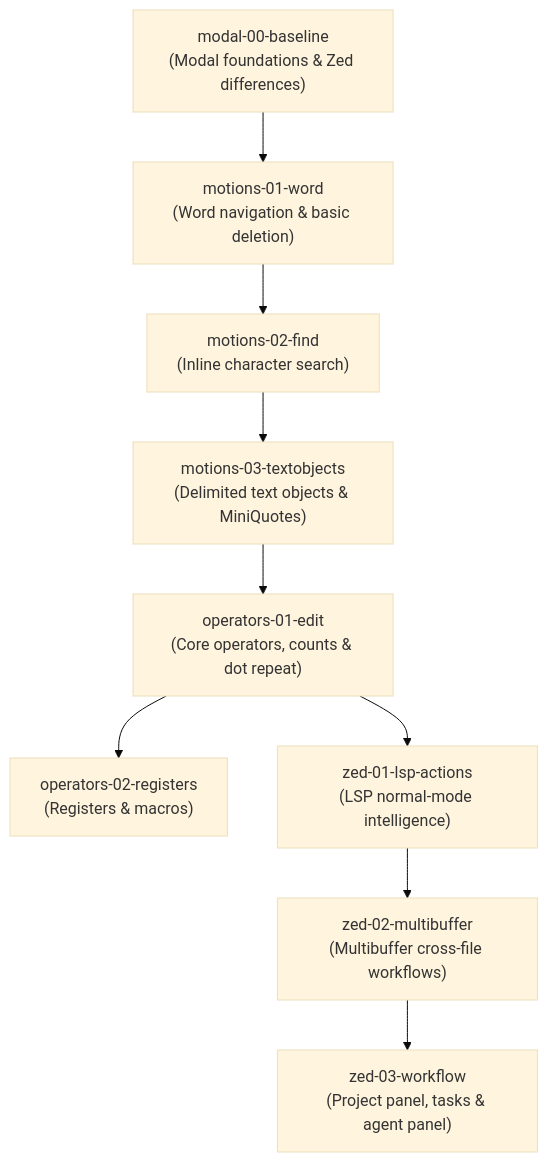
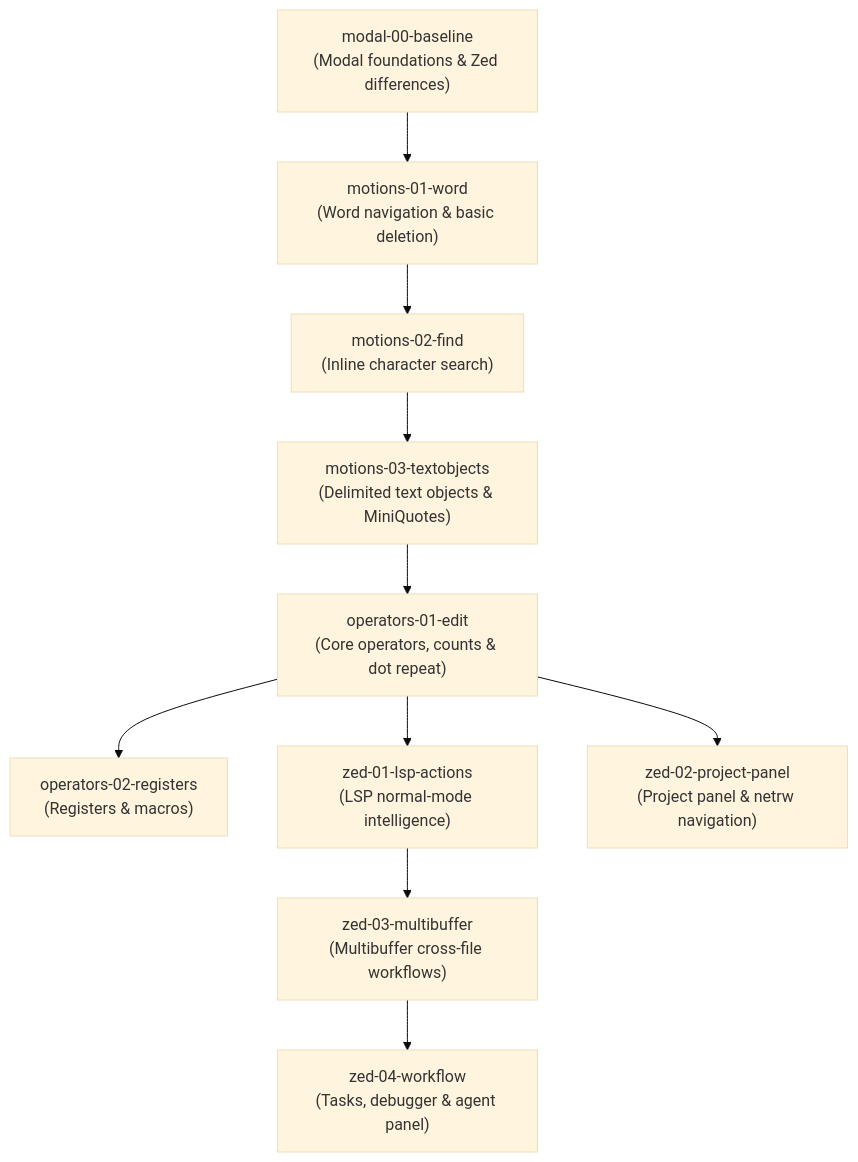
Before and after one commit to trustdan/zedkata: the diagram in docs/curriculum-module-map.md, drawn with Mermaid (base theme). The commit also changed other lines of this file and 15 other files, not shown here.

Commit message:
feat(curriculum): complete ZK-027.2 project-panel netrw walkthrough and material

````diff
--- a/docs/curriculum-module-map.md
+++ b/docs/curriculum-module-map.md
@@ -57,11 +58,12 @@
 ```mermaid
 graph TD
     M0["modal-00-baseline<br/>(Modal foundations & Zed differences)"] --> M1["motions-01-word<br/>(Word navigation & basic deletion)"]
     M1 --> M2["motions-02-find<br/>(Inline character search)"]
     M2 --> M3["motions-03-textobjects<br/>(Delimited text objects & MiniQuotes)"]
     M3 --> M4["operators-01-edit<br/>(Core operators, counts & dot repeat)"]
     M4 --> M5["operators-02-registers<br/>(Registers & macros)"]
     M4 --> M6["zed-01-lsp-actions<br/>(LSP normal-mode intelligence)"]
-    M6 --> M7["zed-02-multibuffer<br/>(Multibuffer cross-file workflows)"]
-    M7 --> M8["zed-03-workflow<br/>(Project panel, tasks & agent panel)"]
+    M4 --> M7["zed-02-project-panel<br/>(Project panel & netrw navigation)"]
+    M6 --> M8["zed-03-multibuffer<br/>(Multibuffer cross-file workflows)"]
+    M8 --> M9["zed-04-workflow<br/>(Tasks, debugger & agent panel)"]
 ```
````
